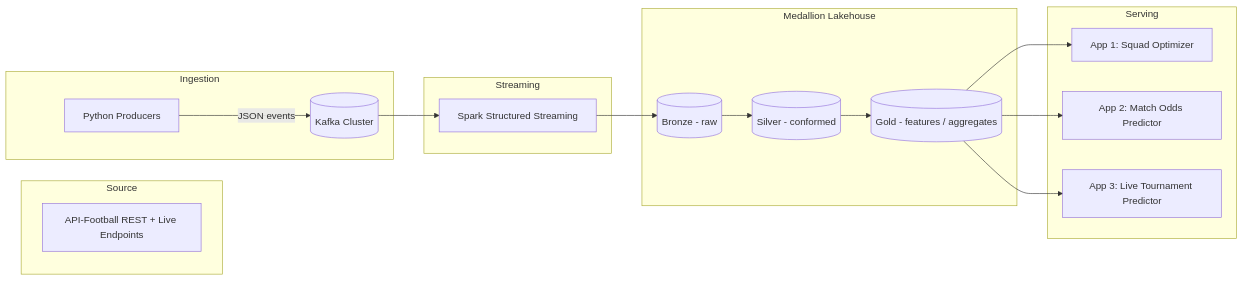
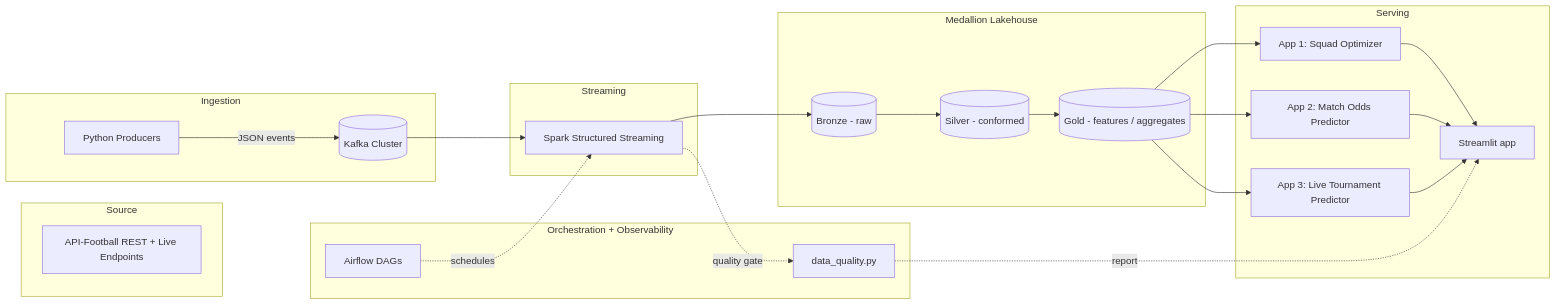
One commit to akshayrch/fifa-stats-streaming changed the diagram in README.md. Above: the diagram before and after it, drawn with Mermaid. The commit also changed other lines of this file and 42 other files, not shown here.

````diff
--- a/README.md
+++ b/README.md
@@ -23,26 +32,33 @@
 ```mermaid
 flowchart LR
     subgraph Source
         API[API-Football REST + Live Endpoints]
     end
 
     subgraph Ingestion
         P[Python Producers] -->|JSON events| K[(Kafka Cluster)]
     end
 
     subgraph Streaming
         K --> SS[Spark Structured Streaming]
     end
 
     subgraph Lakehouse [Medallion Lakehouse]
         SS --> BZ[(Bronze - raw)]
         BZ --> SV[(Silver - conformed)]
         SV --> GD[(Gold - features / aggregates)]
     end
 
     subgraph Serving
         GD --> A1[App 1: Squad Optimizer]
         GD --> A2[App 2: Match Odds Predictor]
         GD --> A3[App 3: Live Tournament Predictor]
+        A1 & A2 & A3 --> UI[Streamlit app]
+    end
+
+    subgraph Ops [Orchestration + Observability]
+        AF[Airflow DAGs] -.schedules.-> SS
+        SS -.quality gate.-> DQ[data_quality.py]
+        DQ -.report.-> UI
     end
 ```
````
